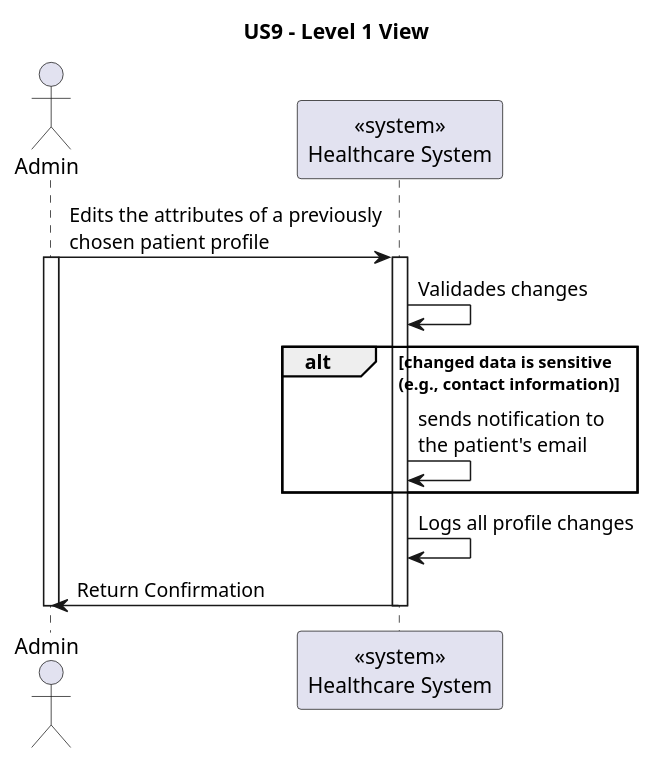
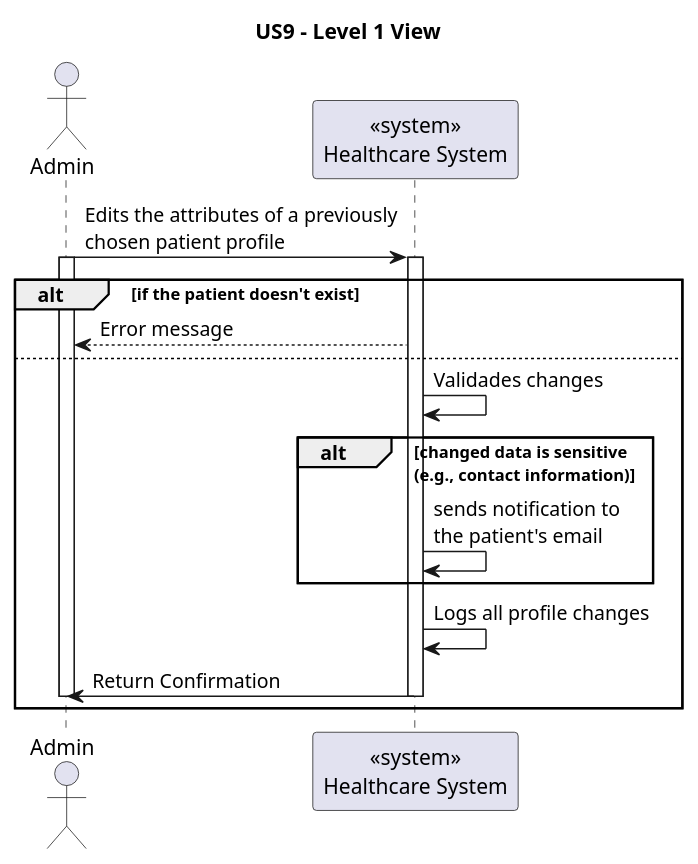
The diagram in docs/user_stories/sprint-a/us9/views/level-1/US9-level-1-view.puml (andredsferreira/p5sem-3dj-g59), drawn with PlantUML before and after one commit. The commit also changed 6 other files, not shown here.

```diff
--- a/docs/user_stories/sprint-a/us9/views/level-1/US9-level-1-view.puml
+++ b/docs/user_stories/sprint-a/us9/views/level-1/US9-level-1-view.puml
@@ -12,24 +12,27 @@
 @startuml
 
 title US9 - Level 1 View
 
 actor Admin as U
 participant "<<system>>\nHealthcare System" as web
 
 U -> web : Edits the attributes of a previously\nchosen patient profile
 activate U
 activate web
+alt if the patient doesn't exist
+web --> U : Error message
+else 
 web -> web : Validades changes
 alt changed data is sensitive\n(e.g., contact information)
 web -> web : sends notification to\nthe patient's email
 end
 web -> web : Logs all profile changes
 web -> U : Return Confirmation
 deactivate web
 deactivate U
-
+end
 ' E a parte do email?
 
 
 
 @enduml
```
